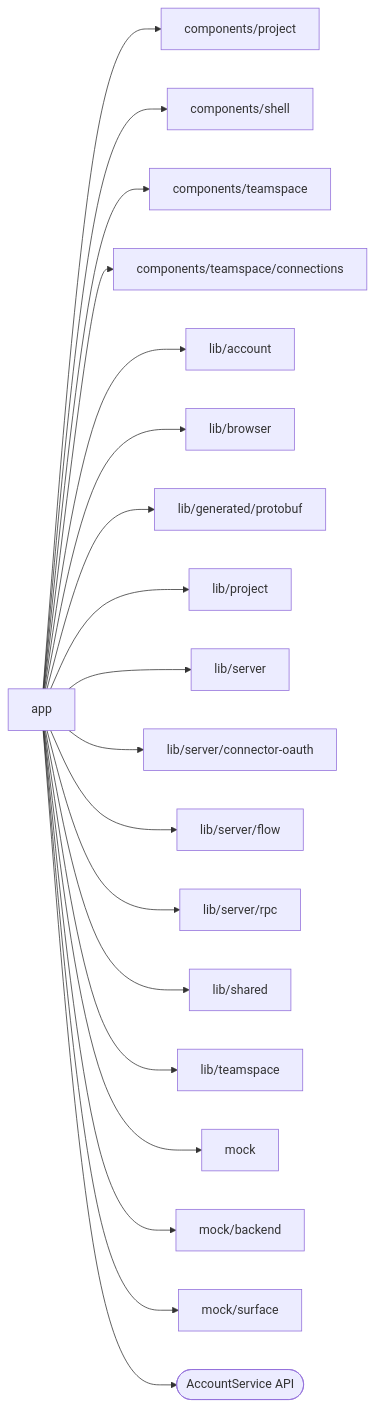
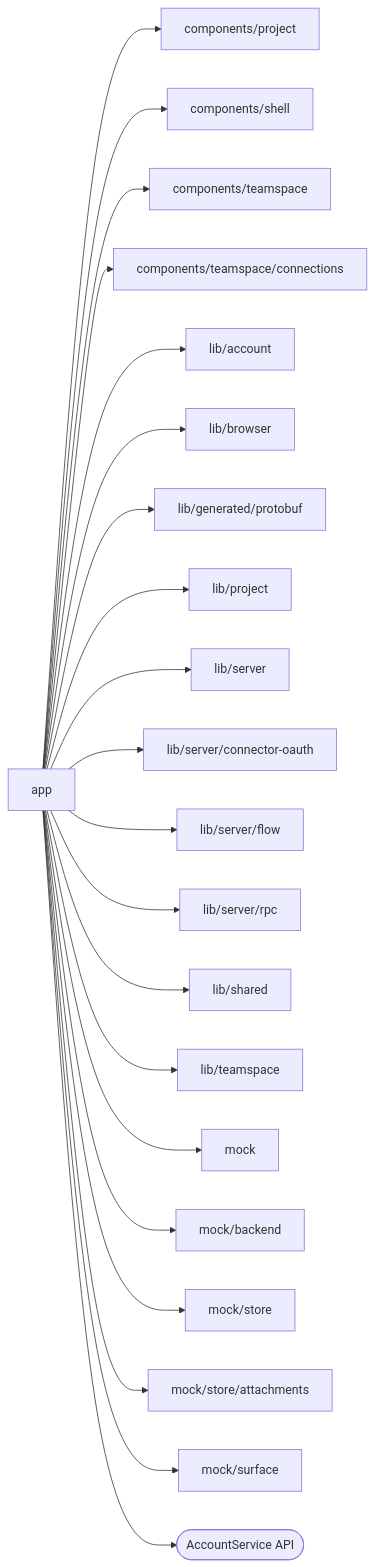
The diagram in web/studio/app/README.md (superdurable/superverse), drawn with Mermaid before and after one commit. The commit also changed other lines of this file and 259 other files, not shown here.

````diff
--- a/web/studio/app/README.md
+++ b/web/studio/app/README.md
@@ -10,22 +10,24 @@
 ```mermaid
 flowchart LR
   self["app"]
   self --> d0["components/project"]
   self --> d1["components/shell"]
   self --> d2["components/teamspace"]
   self --> d3["components/teamspace/connections"]
   self --> d4["lib/account"]
   self --> d5["lib/browser"]
   self --> d6["lib/generated/protobuf"]
   self --> d7["lib/project"]
   self --> d8["lib/server"]
   self --> d9["lib/server/connector-oauth"]
   self --> d10["lib/server/flow"]
   self --> d11["lib/server/rpc"]
   self --> d12["lib/shared"]
   self --> d13["lib/teamspace"]
   self --> d14["mock"]
   self --> d15["mock/backend"]
-  self --> d16["mock/surface"]
+  self --> d16["mock/store"]
+  self --> d17["mock/store/attachments"]
+  self --> d18["mock/surface"]
   self --> e0(["AccountService API"])
 ```
````
